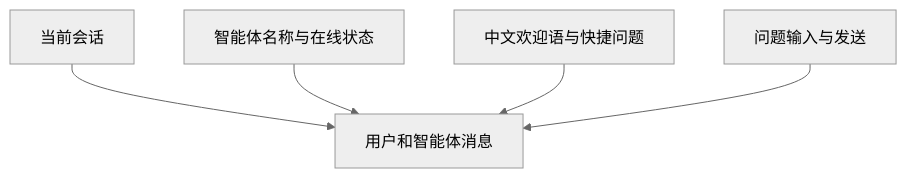
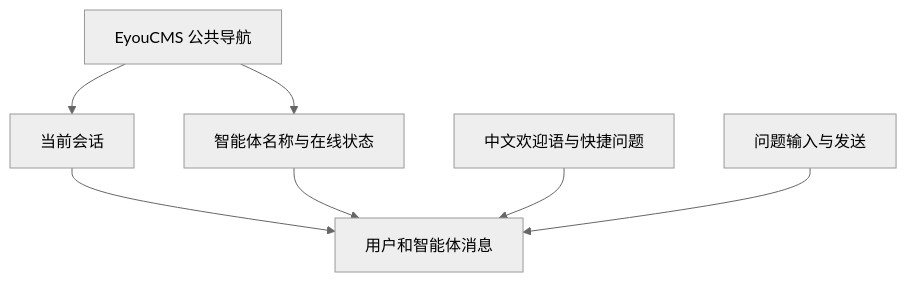
One commit to yiting001/agent changed the second of 3 diagrams in docs/modules/agent-eyoucms-page.md. Above: the diagram before and after it, drawn with Mermaid (neutral theme). The commit also changed other lines of this file and 8 other files, not shown here.

Commit message:
fix: reserve Eyou navigation space

````diff
--- a/docs/modules/agent-eyoucms-page.md
+++ b/docs/modules/agent-eyoucms-page.md
@@ -70,13 +70,16 @@
 ```mermaid
 flowchart TD
+  Navigation[EyouCMS 公共导航]
   History[当前会话]
   Header[智能体名称与在线状态]
   Welcome[中文欢迎语与快捷问题]
   Messages[用户和智能体消息]
   Composer[问题输入与发送]
 
+  Navigation --> History
+  Navigation --> Header
   History --> Messages
   Header --> Messages
   Welcome --> Messages
   Composer --> Messages
 ```
````
